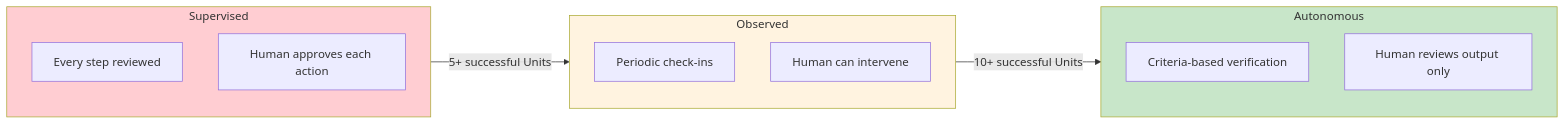
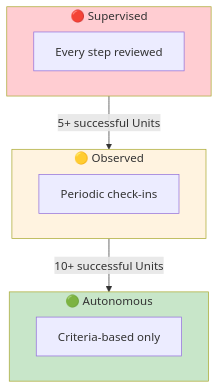
One commit to TheBushidoCollective/han changed the fifth of 6 diagrams in website/content/papers/ai-dlc-2026/runbooks/adoption/building-trust.md. Above: the diagram before and after it, drawn with Mermaid. The commit also changed other lines of this file, not shown here.

First line of the commit message:
fix(website): narrow wide Mermaid diagrams in building-trust runbook

````diff
--- a/website/content/papers/ai-dlc-2026/runbooks/adoption/building-trust.md
+++ b/website/content/papers/ai-dlc-2026/runbooks/adoption/building-trust.md
@@ -177,24 +159,22 @@
 ```mermaid
-flowchart LR
-    subgraph HITL["Supervised"]
+flowchart TB
+    subgraph HITL["🔴 Supervised"]
         H1[Every step reviewed]
-        H2[Human approves each action]
-    end
-
-    subgraph Observed["Observed"]
-        O1[Periodic check-ins]
-        O2[Human can intervene]
-    end
-
-    subgraph AHOTL["Autonomous"]
-        A1[Criteria-based verification]
-        A2[Human reviews output only]
     end
 
     HITL -->|"5+ successful Units"| Observed
+
+    subgraph Observed["🟡 Observed"]
+        O1[Periodic check-ins]
+    end
+
     Observed -->|"10+ successful Units"| AHOTL
+
+    subgraph AHOTL["🟢 Autonomous"]
+        A1[Criteria-based only]
+    end
 
     style HITL fill:#ffcdd2
     style Observed fill:#fff3e0
     style AHOTL fill:#c8e6c9
 ```
````
